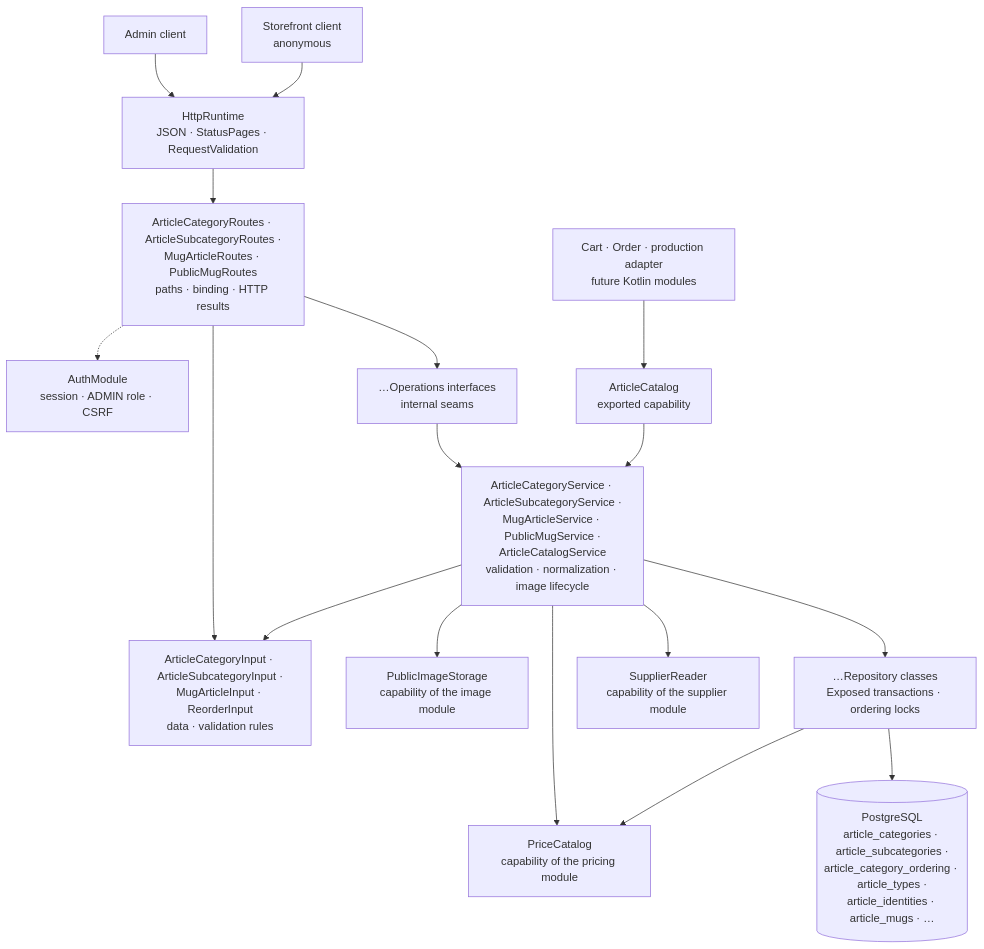
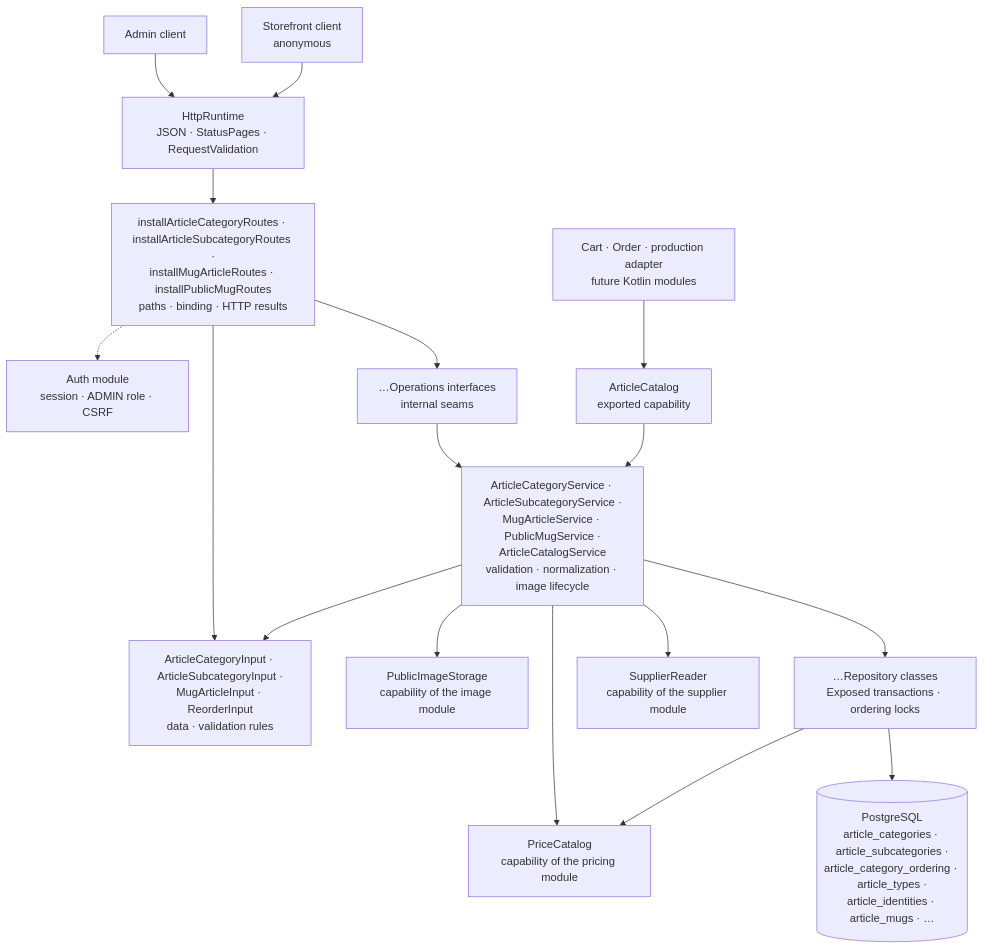
One commit to bitstorm-tech/voenix-shop-kotlin changed the diagram in docs/dev/backend/article-package.md. Above: the diagram before and after it, drawn with Mermaid. The commit also changed other lines of this file and 94 other files, not shown here.

````diff
--- a/docs/dev/backend/article-package.md
+++ b/docs/dev/backend/article-package.md
@@ -52,33 +52,33 @@
 ```mermaid
 flowchart TB
     Client["Admin client"]
     Shop["Storefront client<br/>anonymous"]
     Http["HttpRuntime<br/>JSON · StatusPages · RequestValidation"]
-    Auth["AuthModule<br/>session · ADMIN role · CSRF"]
-    Routes["ArticleCategoryRoutes · ArticleSubcategoryRoutes ·<br/>MugArticleRoutes · PublicMugRoutes<br/>paths · binding · HTTP results"]
+    Auth["Auth module<br/>session · ADMIN role · CSRF"]
+    Routes["installArticleCategoryRoutes · installArticleSubcategoryRoutes ·<br/>installMugArticleRoutes · installPublicMugRoutes<br/>paths · binding · HTTP results"]
     Input["ArticleCategoryInput · ArticleSubcategoryInput ·<br/>MugArticleInput · ReorderInput<br/>data · validation rules"]
     Operations["…Operations interfaces<br/>internal seams"]
     Consumer["Cart · Order · production adapter<br/>future Kotlin modules"]
     Catalog["ArticleCatalog<br/>exported capability"]
     Service["ArticleCategoryService · ArticleSubcategoryService ·<br/>MugArticleService · PublicMugService ·<br/>ArticleCatalogService<br/>validation · normalization · image lifecycle"]
     Images["PublicImageStorage<br/>capability of the image module"]
     Prices["PriceCatalog<br/>capability of the pricing module"]
     Suppliers["SupplierReader<br/>capability of the supplier module"]
     Repository["…Repository classes<br/>Exposed transactions · ordering locks"]
     Database[("PostgreSQL<br/>article_categories · article_subcategories ·<br/>article_category_ordering · article_types ·<br/>article_identities · article_mugs · …")]
 
     Client --> Http --> Routes
     Shop --> Http
     Consumer --> Catalog --> Service
     Routes -.-> Auth
     Routes --> Input
     Routes --> Operations
     Operations --> Service
     Service --> Input
     Service --> Images
     Service --> Prices
     Service --> Suppliers
     Service --> Repository
     Repository --> Prices
     Repository --> Database
 ```
````
